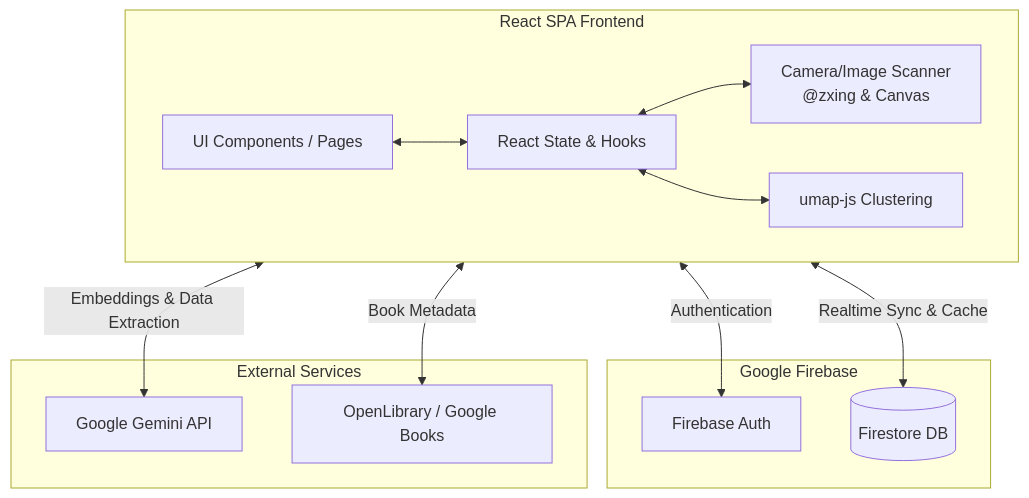
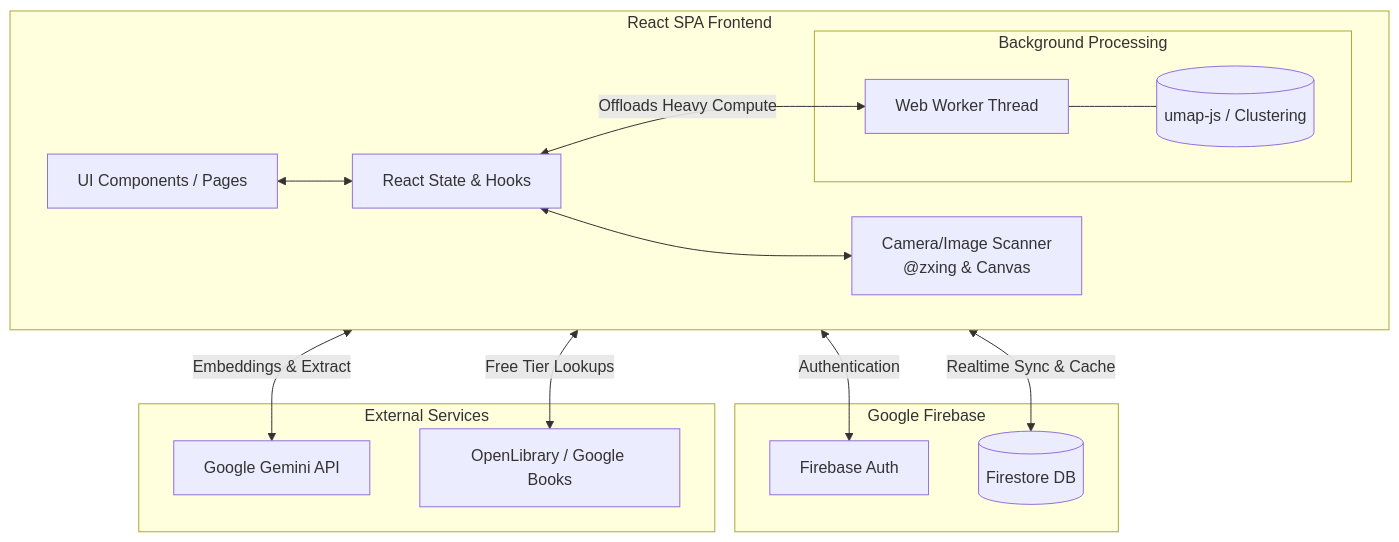
One commit to NikhilS/shelfspace changed the diagram in DESIGN.md. Above: the diagram before and after it, drawn with Mermaid. The commit also changed other lines of this file and 9 other files, not shown here.

````diff
--- a/DESIGN.md
+++ b/DESIGN.md
@@ -8,28 +8,33 @@
 ```mermaid
 flowchart TD
     subgraph Client [React SPA Frontend]
         UI[UI Components / Pages]
         State[React State & Hooks]
         Scanner[Camera/Image Scanner\n@zxing & Canvas]
-        UMAP[umap-js Clustering]
+        
+        subgraph Background Processing
+            Worker[Web Worker Thread]
+            UMAP[(umap-js / Clustering)]
+            Worker --- UMAP
+        end
         
         UI <--> State
         State <--> Scanner
-        State <--> UMAP
+        State <-->|Offloads Heavy Compute| Worker
     end
 
     subgraph Firebase [Google Firebase]
         Auth[Firebase Auth]
         Firestore[(Firestore DB)]
     end
 
     subgraph External APIs [External Services]
         Gemini[Google Gemini API]
         BookAPI[OpenLibrary / Google Books]
     end
 
     Client <-->|Authentication| Auth
     Client <-->|Realtime Sync & Cache| Firestore
-    Client <-->|Embeddings & Data Extraction| Gemini
-    Client <-->|Book Metadata| BookAPI
+    Client <-->|Embeddings & Extract| Gemini
+    Client <-->|Free Tier Lookups| BookAPI
 ```
````
